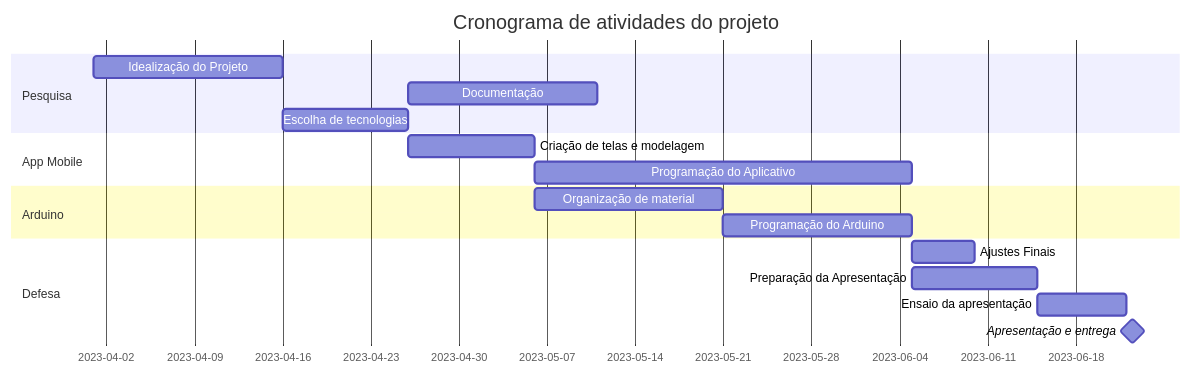
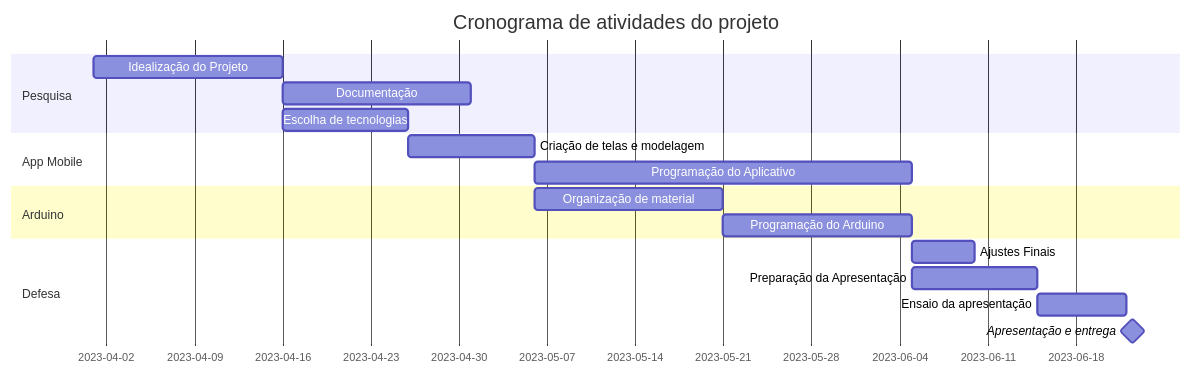
The diagram in README.md (JVictor1012/Plant-Care-Projeto-Integrador), drawn with Mermaid before and after one commit.

````diff
--- a/README.md
+++ b/README.md
@@ -13,24 +13,24 @@
 ```mermaid
     gantt
     title Cronograma de atividades do projeto
     dateFormat  YYYY-MM-DD
     section Pesquisa 
     Idealização do Projeto      :a1, 2023-04-01, 15d
-    Documentação                :a2.2, after a2, 15d
+    Documentação                :a2.2, after a1, 15d
     Escolha de tecnologias      :a2, after a1, 10d
     
     section App Mobile
     Criação de telas e modelagem      :b1, after a2 , 10d
     Programação do Aplicativo         :b2, after b1 , 30d
     
     section Arduino
     Organização de material         :c1, after b1, 15d
     Programação do Arduino          :c2, after c1, 15d
 
     
     section Defesa
     Ajustes Finais :z1, after b2, 5d
     Preparação da Apresentação :p1, after b2, 10d
     Ensaio da apresentação :p2, after p1, 7d
     Apresentação e entrega  :milestone, after p2, 1d
 ```
````
